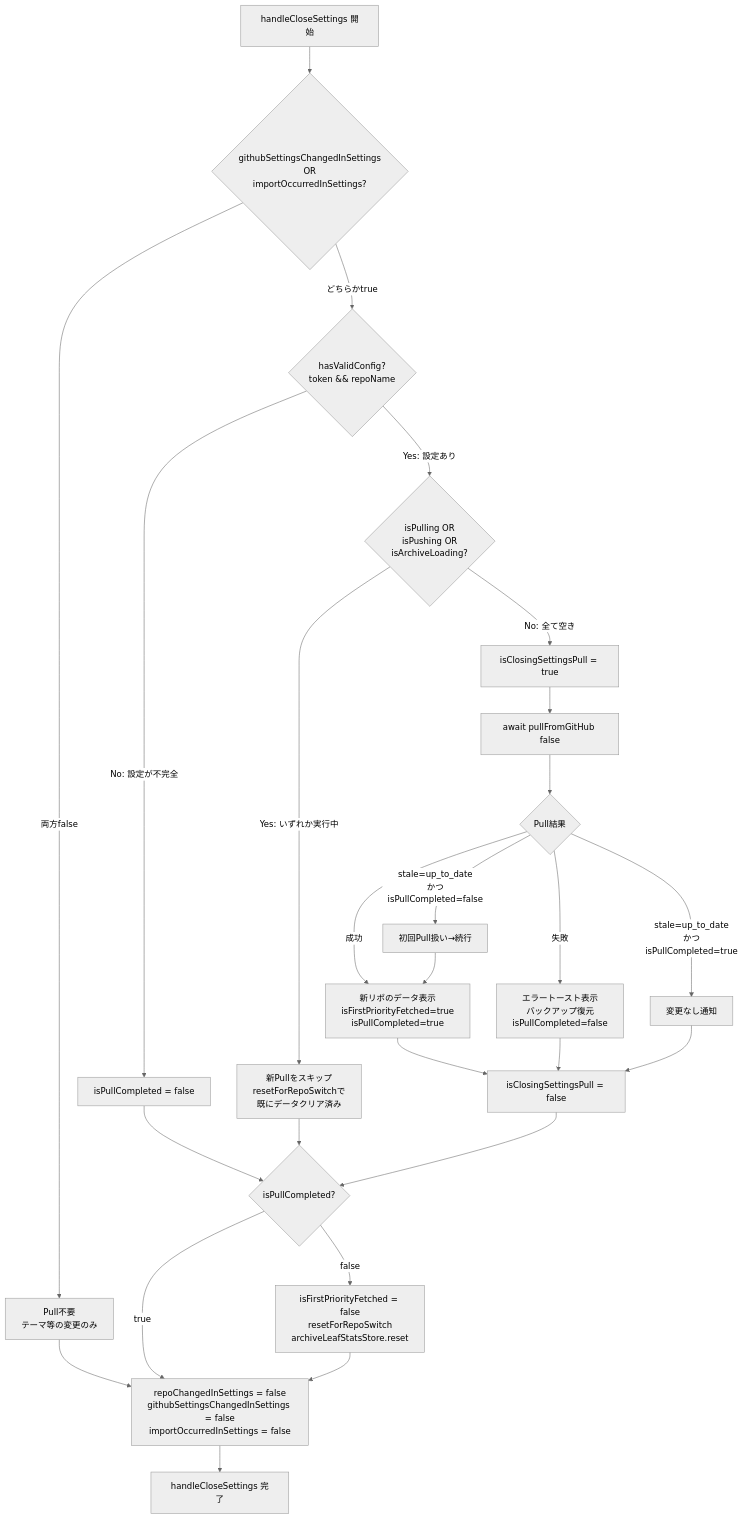
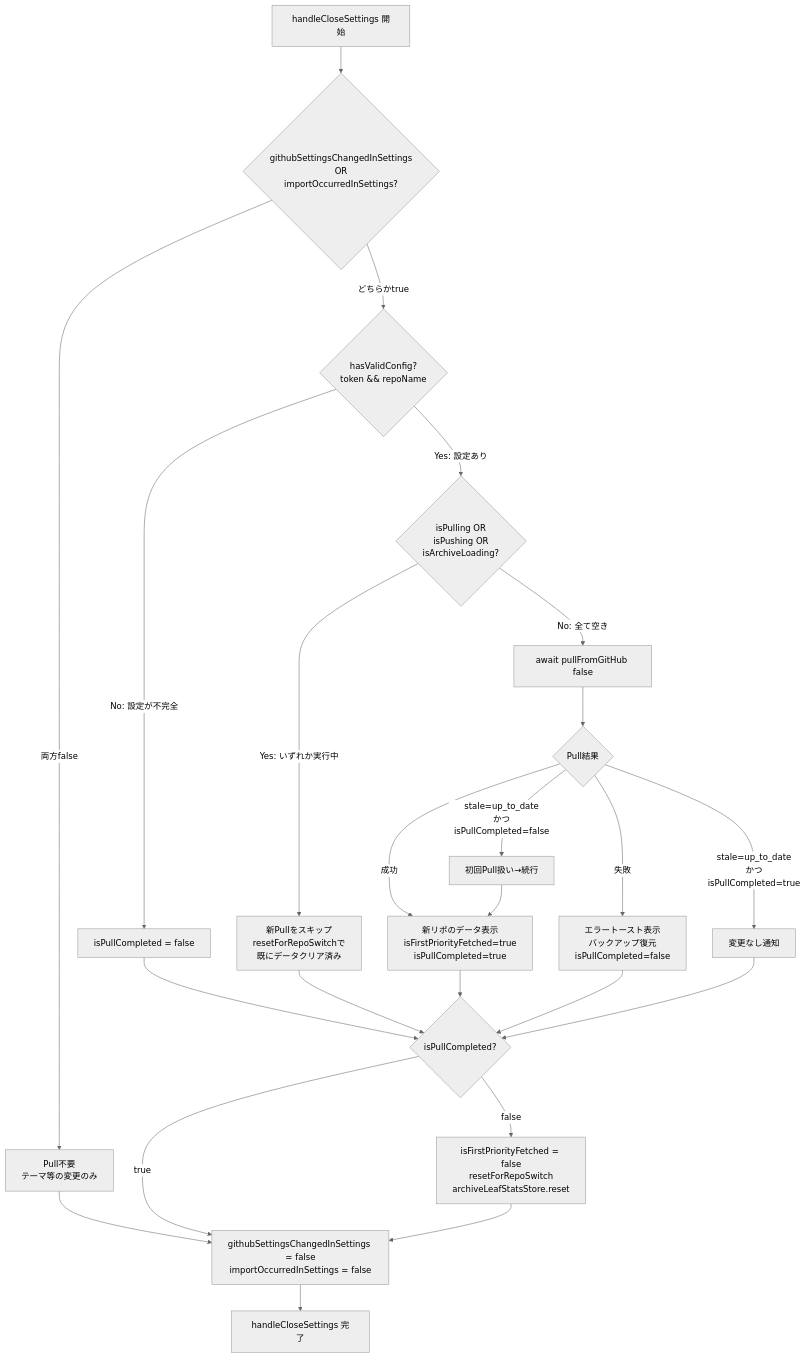
The fifth of 6 diagrams in docs/development/sync/push-pull.md (kako-jun/agasteer), drawn with Mermaid (neutral theme) before and after one commit. The commit also changed other lines of this file and 18 other files, not shown here.

````diff
--- a/docs/development/sync/push-pull.md
+++ b/docs/development/sync/push-pull.md
@@ -880,39 +889,36 @@
 ```mermaid
 flowchart TD
     Start[handleCloseSettings 開始] --> CheckFlags{githubSettingsChangedInSettings<br/>OR<br/>importOccurredInSettings?}
 
     CheckFlags -->|両方false| SkipPull[Pull不要<br/>テーマ等の変更のみ]
     SkipPull --> ClearFlags
 
     CheckFlags -->|どちらかtrue| CheckValid{hasValidConfig?<br/>token && repoName}
 
     CheckValid -->|No: 設定が不完全| SetNotCompleted[isPullCompleted = false]
     SetNotCompleted --> CheckReset
 
     CheckValid -->|Yes: 設定あり| CheckSync{isPulling OR<br/>isPushing OR<br/>isArchiveLoading?}
 
     CheckSync -->|Yes: いずれか実行中| SkipSafe[新Pullをスキップ<br/>resetForRepoSwitchで<br/>既にデータクリア済み]
     SkipSafe --> CheckReset
 
-    CheckSync -->|No: 全て空き| SetClosing[isClosingSettingsPull = true]
-    SetClosing --> Pull[await pullFromGitHub false]
+    CheckSync -->|No: 全て空き| Pull[await pullFromGitHub false]
 
     Pull --> PullResult{Pull結果}
     PullResult -->|成功| NewData[新リポのデータ表示<br/>isFirstPriorityFetched=true<br/>isPullCompleted=true]
     PullResult -->|失敗| ErrorHandle[エラートースト表示<br/>バックアップ復元<br/>isPullCompleted=false]
     PullResult -->|stale=up_to_date<br/>かつisPullCompleted=true| NoChange[変更なし通知]
     PullResult -->|stale=up_to_date<br/>かつisPullCompleted=false| Continue[初回Pull扱い→続行]
     Continue --> NewData
 
-    NewData --> ResetClosing[isClosingSettingsPull = false]
-    ErrorHandle --> ResetClosing
-    NoChange --> ResetClosing
-
-    ResetClosing --> CheckReset{isPullCompleted?}
+    NewData --> CheckReset{isPullCompleted?}
+    ErrorHandle --> CheckReset
+    NoChange --> CheckReset
 
     CheckReset -->|false| Reset[isFirstPriorityFetched = false<br/>resetForRepoSwitch<br/>archiveLeafStatsStore.reset]
     CheckReset -->|true| ClearFlags
 
-    Reset --> ClearFlags[repoChangedInSettings = false<br/>githubSettingsChangedInSettings = false<br/>importOccurredInSettings = false]
+    Reset --> ClearFlags[githubSettingsChangedInSettings = false<br/>importOccurredInSettings = false]
     ClearFlags --> End[handleCloseSettings 完了]
 ```
````
